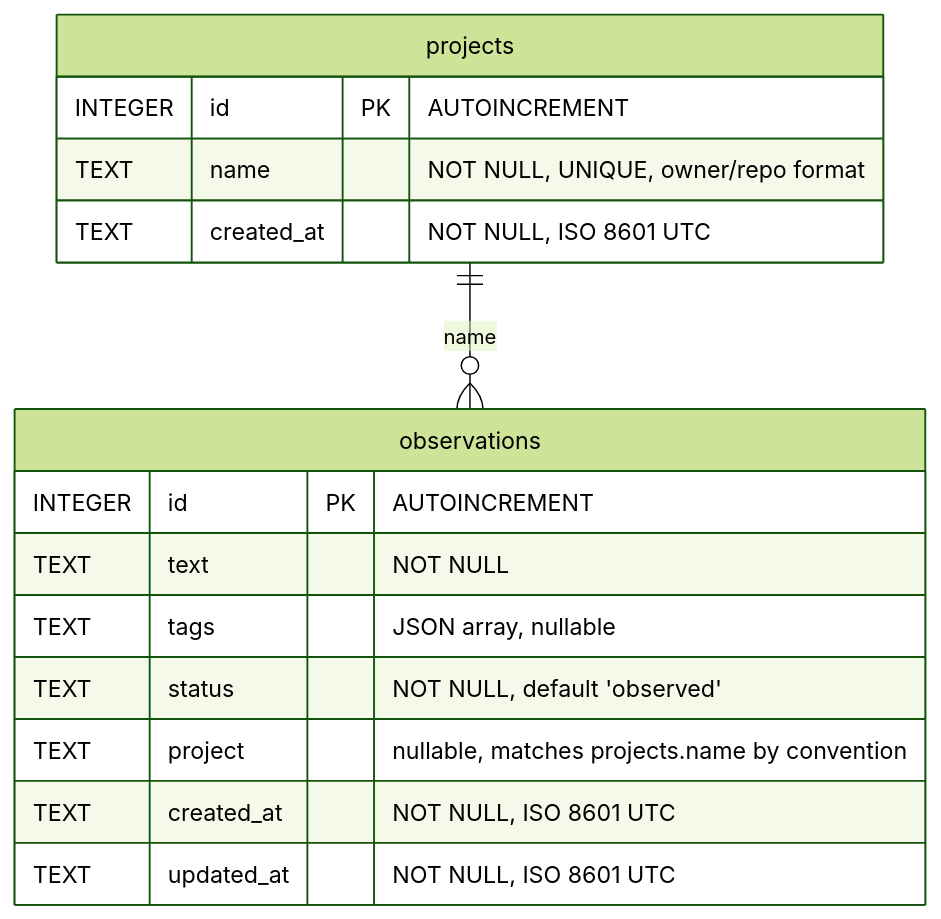
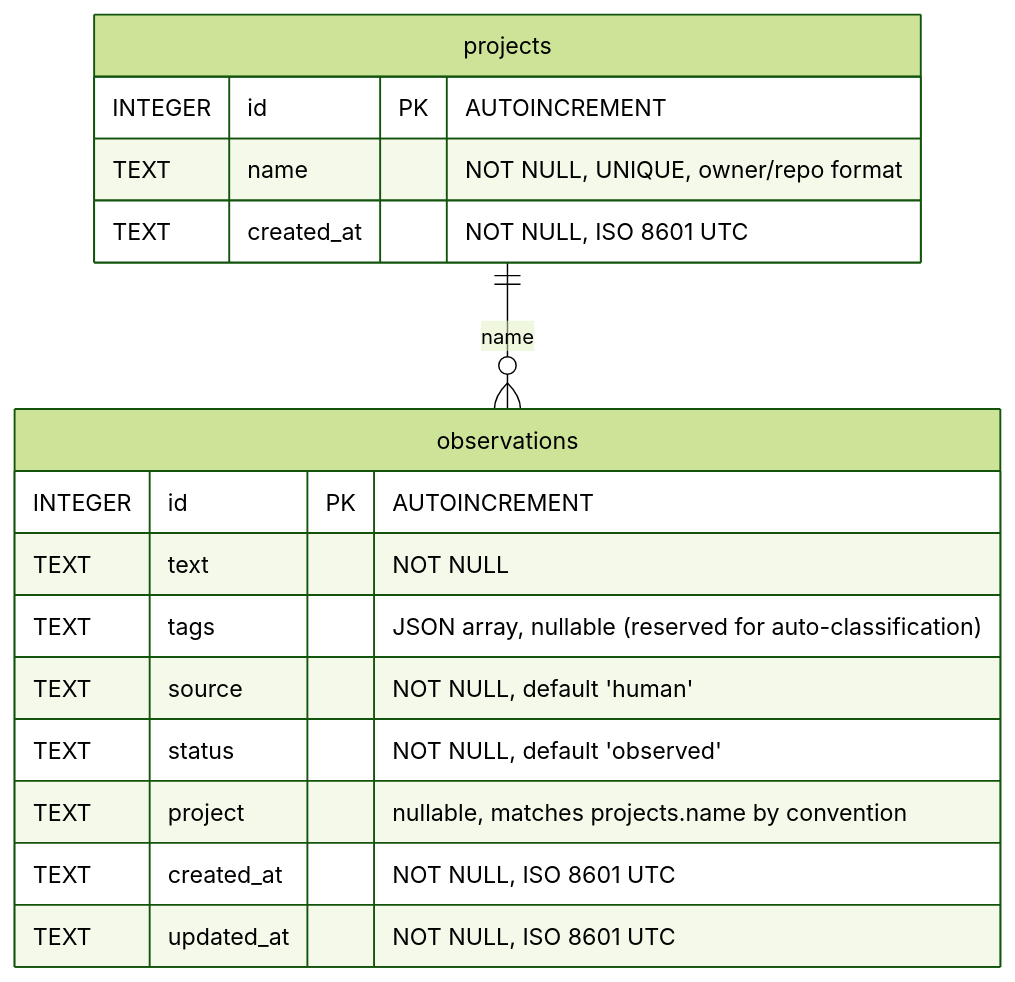
The diagram in docs/schema.md (mbd0910/compound-eye), drawn with Mermaid (forest theme) before and after one commit. The commit also changed other lines of this file and 5 other files, not shown here.

First line of the commit message:
Replace manual tags with source attribution

````diff
--- a/docs/schema.md
+++ b/docs/schema.md
@@ -5,18 +5,19 @@
 ```mermaid
 erDiagram
     projects {
         INTEGER id PK "AUTOINCREMENT"
         TEXT name "NOT NULL, UNIQUE, owner/repo format"
         TEXT created_at "NOT NULL, ISO 8601 UTC"
     }
     observations {
         INTEGER id PK "AUTOINCREMENT"
         TEXT text "NOT NULL"
-        TEXT tags "JSON array, nullable"
+        TEXT tags "JSON array, nullable (reserved for auto-classification)"
+        TEXT source "NOT NULL, default 'human'"
         TEXT status "NOT NULL, default 'observed'"
         TEXT project "nullable, matches projects.name by convention"
         TEXT created_at "NOT NULL, ISO 8601 UTC"
         TEXT updated_at "NOT NULL, ISO 8601 UTC"
     }
     projects ||--o{ observations : "name"
 ```
````
